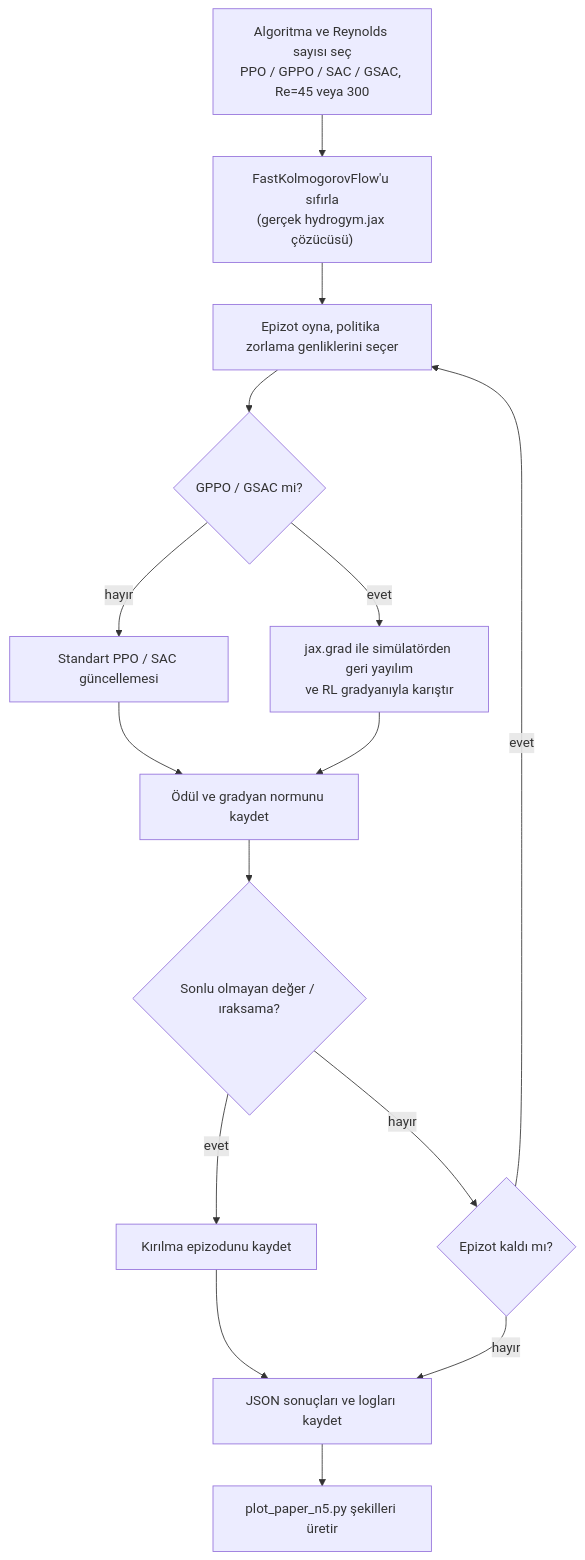
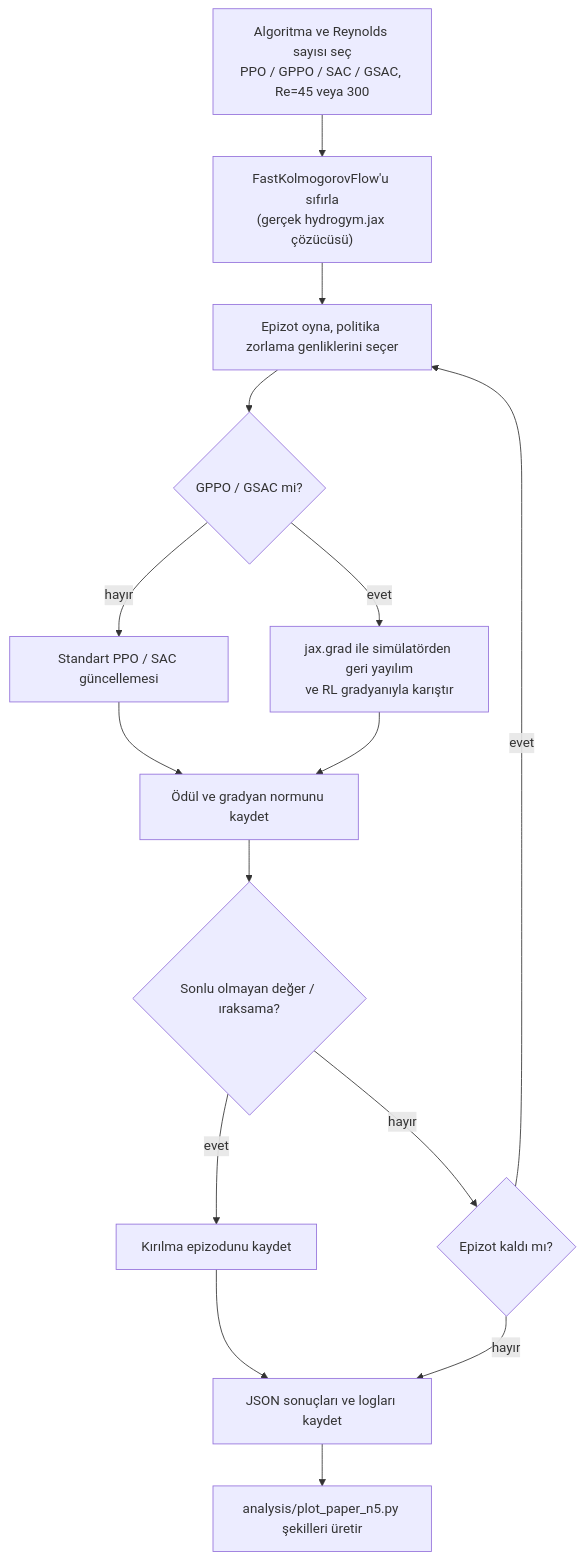
The diagram in README.tr.md (GulogluHaktan/hydrogym-work), drawn with Mermaid before and after one commit. The commit also changed other lines of this file and 194 other files, not shown here.

````diff
--- a/README.tr.md
+++ b/README.tr.md
@@ -27,17 +27,17 @@
 ```mermaid
 flowchart TD
   A["Algoritma ve Reynolds sayısı seç<br/>PPO / GPPO / SAC / GSAC, Re=45 veya 300"] --> B["FastKolmogorovFlow'u sıfırla<br/>(gerçek hydrogym.jax çözücüsü)"]
   B --> C["Epizot oyna, politika zorlama genliklerini seçer"]
   C --> D{"GPPO / GSAC mi?"}
   D -- "hayır" --> E["Standart PPO / SAC güncellemesi"]
   D -- "evet" --> F["jax.grad ile simülatörden geri yayılım<br/>ve RL gradyanıyla karıştır"]
   E --> G["Ödül ve gradyan normunu kaydet"]
   F --> G
   G --> H{"Sonlu olmayan değer / ıraksama?"}
   H -- "evet" --> I["Kırılma epizodunu kaydet"]
   H -- "hayır" --> J{"Epizot kaldı mı?"}
   J -- "evet" --> C
   J -- "hayır" --> K["JSON sonuçları ve logları kaydet"]
   I --> K
-  K --> L["plot_paper_n5.py şekilleri üretir"]
+  K --> L["analysis/plot_paper_n5.py şekilleri üretir"]
 ```
````
